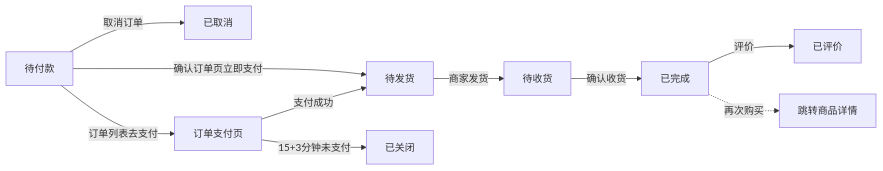
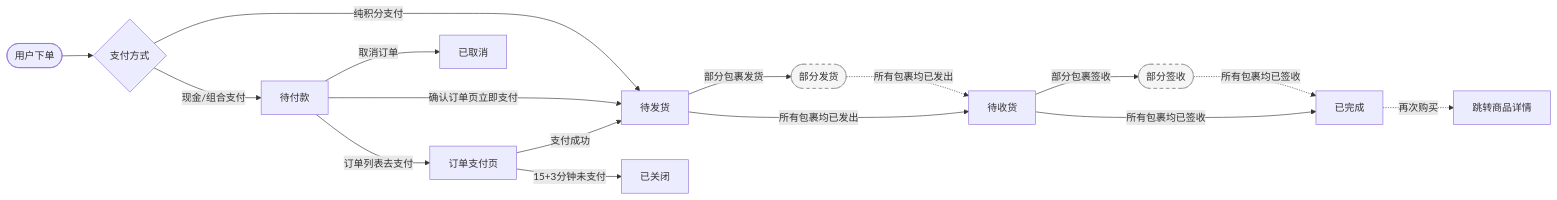
One commit to lyuxiaohei/mini-program changed the first of 3 diagrams in doc/V0.3/业务逻辑清单_V0.3.md. Above: the diagram before and after it, drawn with Mermaid. The commit also changed other lines of this file, not shown here.

````diff
--- a/doc/V0.3/业务逻辑清单_V0.3.md
+++ b/doc/V0.3/业务逻辑清单_V0.3.md
@@ -238,12 +17,21 @@
 ```mermaid
 flowchart LR
-    A[待付款] -->|取消订单| B[已取消]
-    A -->|确认订单页立即支付| C[待发货]
+    START([用户下单]) --> PayMode{支付方式}
+    PayMode -->|纯积分支付| C[待发货]
+    PayMode -->|现金/组合支付| A[待付款]
+    A -->|取消订单| B[已取消]
+    A -->|确认订单页立即支付| C
     A -->|订单列表去支付| AP[订单支付页]
     AP -->|支付成功| C
     AP -->|15+3分钟未支付| BC[已关闭]
-    C -->|商家发货| D[待收货]
-    D -->|确认收货| E[已完成]
-    E -->|评价| F[已评价]
+    C -->|部分包裹发货| PS([部分发货])
+    PS -.->|所有包裹均已发出| D[待收货]
+    C -->|所有包裹均已发出| D
+    D -->|部分包裹签收| PR([部分签收])
+    PR -.->|所有包裹均已签收| E[已完成]
+    D -->|所有包裹均已签收| E
     E -.->|再次购买| G[跳转商品详情]
+
+    style PS stroke-dasharray: 5 5,fill:#f5f5f5,stroke:#999
+    style PR stroke-dasharray: 5 5,fill:#f5f5f5,stroke:#999
 ```
````
